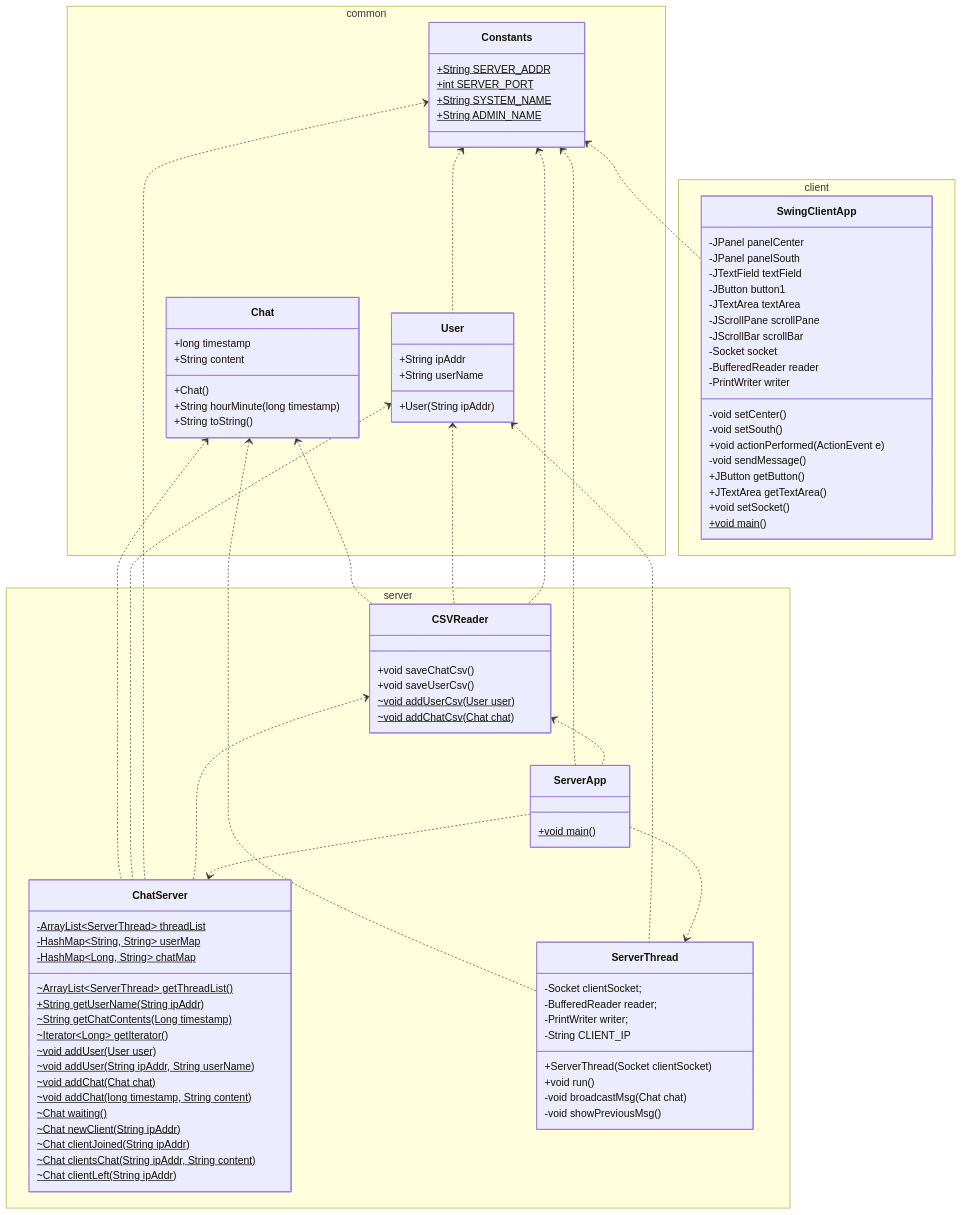
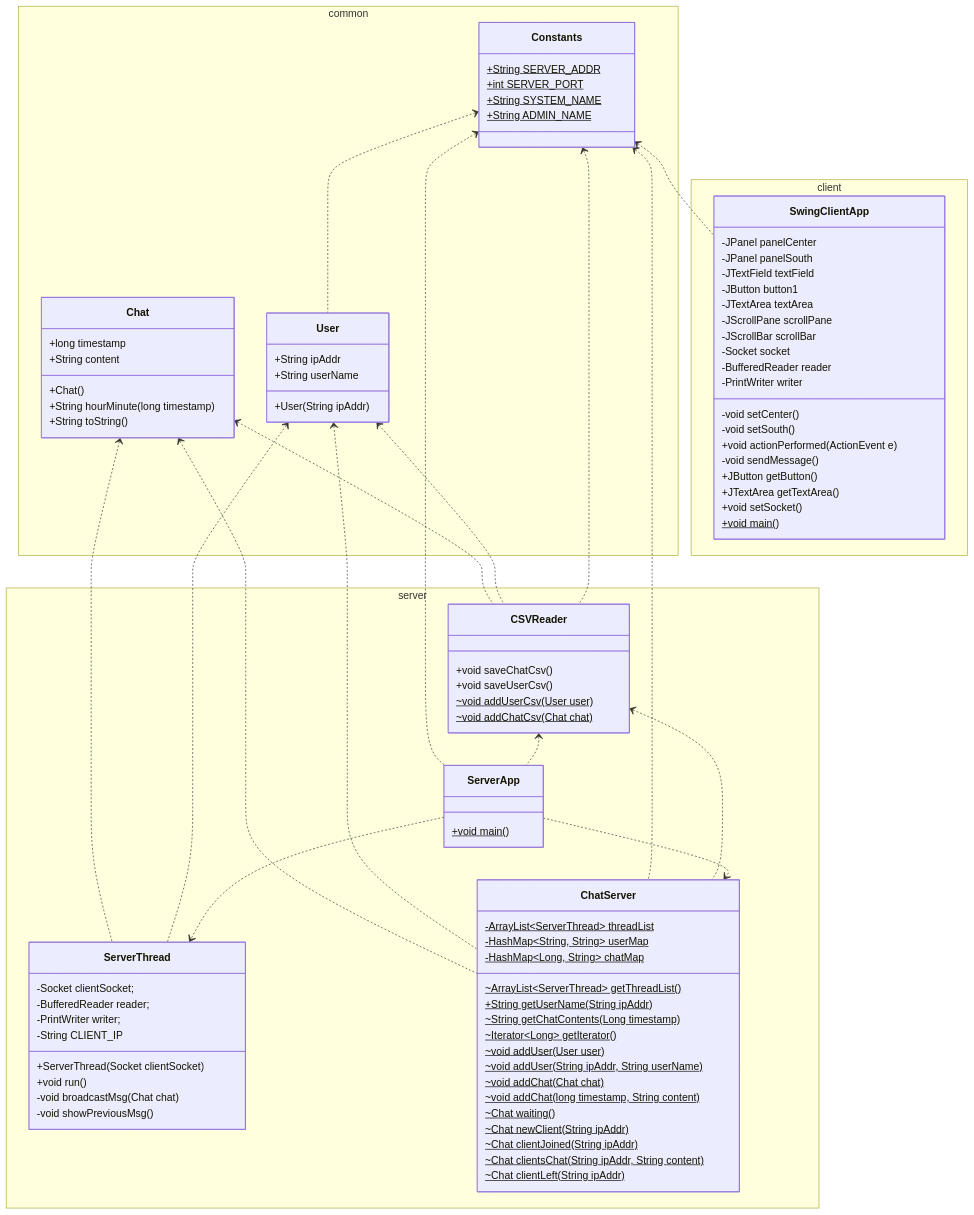
Before and after one commit to suyons/StrangeChat: the diagram in README.md, drawn with Mermaid.

Commit message:
README.md: mermaid-js 부분 수정

````diff
--- a/README.md
+++ b/README.md
@@ -40,5 +40,20 @@
 ```mermaid
 classDiagram
+Chat <.. ServerThread
+Chat <.. ChatServer
+Chat <.. CSVReader
+User <.. ServerThread
+User <.. ChatServer
+User <.. CSVReader
+Constants <.. SwingClientApp
+Constants <.. User
+Constants <.. ChatServer
+Constants <.. CSVReader
+Constants <.. ServerApp
+CSVReader <.. ChatServer
+CSVReader <.. ServerApp
+ServerApp ..> ChatServer
+ServerApp ..> ServerThread
 namespace common {
     class Chat {
         +long timestamp
@@ -47,13 +62,11 @@
         +String hourMinute(long timestamp)
         +String toString()            
     }
-
     class User {
         +String ipAddr
         +String userName
         +User(String ipAddr)
     }
-
     class Constants {
         +String SERVER_ADDR$
         +int SERVER_PORT$
@@ -61,7 +74,6 @@
         +String ADMIN_NAME$
     }
 }
-
 namespace client {
     class SwingClientApp {
         -JPanel panelCenter
@@ -84,7 +96,6 @@
         +void main()$
     }
 }
-
 namespace server {
     class ChatServer {
         -ArrayList~ServerThread~ threadList$
@@ -104,7 +115,6 @@
         ~Chat clientsChat(String ipAddr, String content)$
         ~Chat clientLeft(String ipAddr)$
     }
-
     class ServerThread {
         -Socket clientSocket;
         -BufferedReader reader;
@@ -115,35 +125,14 @@
         -void broadcastMsg(Chat chat)
         -void showPreviousMsg()
     }
-
     class CSVReader {
         +void saveChatCsv()
         +void saveUserCsv()
         ~void addUserCsv(User user)$
         ~void addChatCsv(Chat chat)$
     }
-
     class ServerApp {
         +void main()$
     }
 }
-Chat <.. ServerThread
-Chat <.. ChatServer
-Chat <.. CSVReader
-
-User <.. ServerThread
-User <.. ChatServer
-User <.. CSVReader
-
-Constants <.. SwingClientApp
-Constants <.. User
-Constants <.. ChatServer
-Constants <.. CSVReader
-Constants <.. ServerApp
-
-CSVReader <.. ChatServer
-CSVReader <.. ServerApp
-
-ServerApp ..> ChatServer
-ServerApp ..> ServerThread
 ```
````
